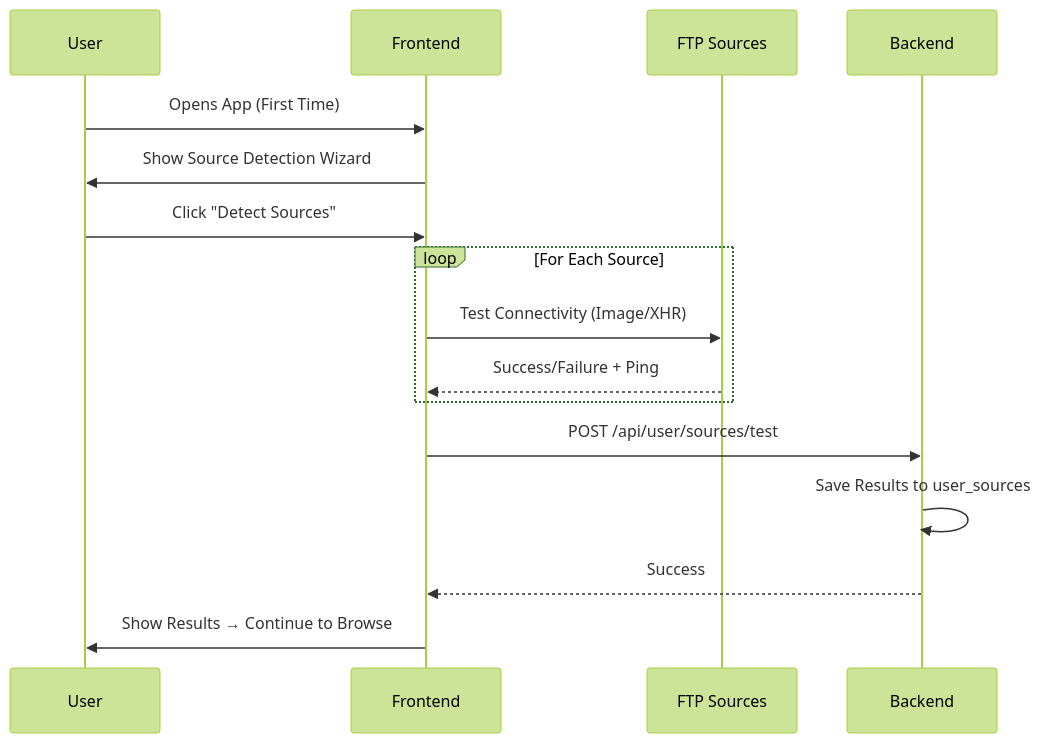
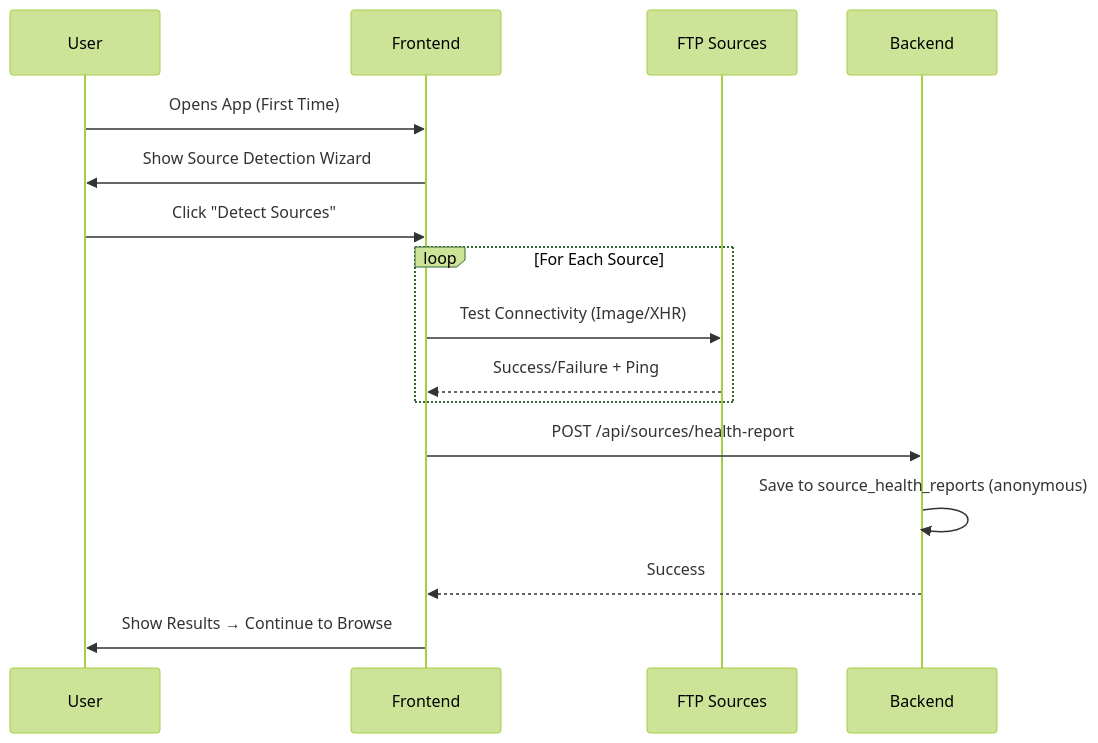
One commit to Iftekhar-Tasnim/Flixarion changed the fourth of 7 diagrams in docs/project_plan.md. Above: the diagram before and after it, drawn with Mermaid (forest theme). The commit also changed other lines of this file and 9 other files, not shown here.

````diff
--- a/docs/project_plan.md
+++ b/docs/project_plan.md
@@ -682,21 +512,21 @@
 ```mermaid
 sequenceDiagram
     participant U as User
     participant F as Frontend
     participant S as FTP Sources
     participant B as Backend
 
     U->>F: Opens App (First Time)
     F->>U: Show Source Detection Wizard
     U->>F: Click "Detect Sources"
     
     loop For Each Source
         F->>S: Test Connectivity (Image/XHR)
         S-->>F: Success/Failure + Ping
     end
     
-    F->>B: POST /api/user/sources/test
-    B->>B: Save Results to user_sources
+    F->>B: POST /api/sources/health-report
+    B->>B: Save to source_health_reports (anonymous)
     B-->>F: Success
     F->>U: Show Results → Continue to Browse
 ```
````
